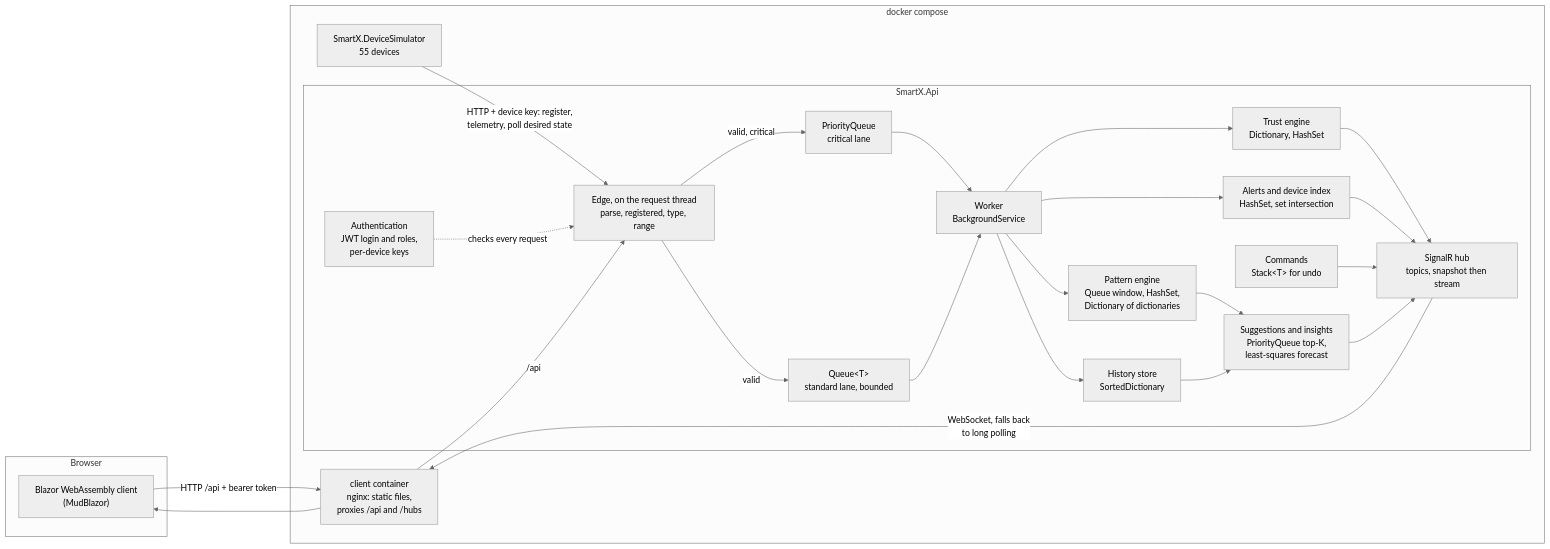
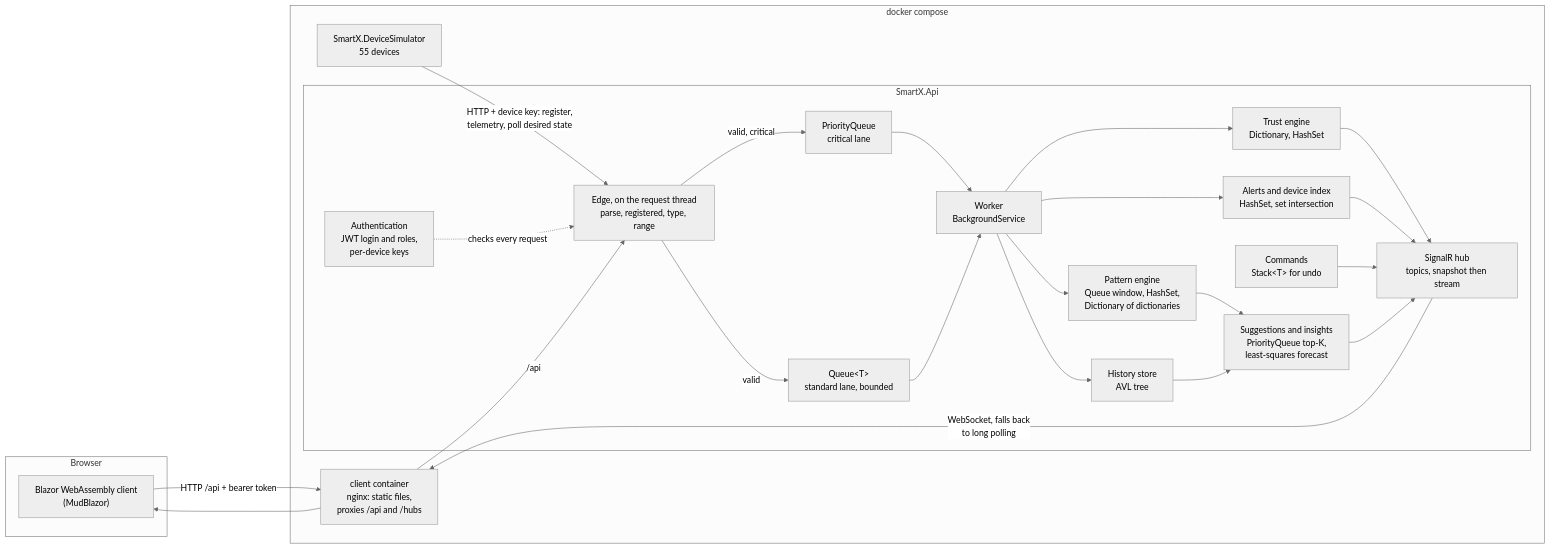
Before and after one commit to UsmarTayler/smartx-poe: the diagram in README.md, drawn with Mermaid (neutral theme). The commit also changed other lines of this file and 1 other file, not shown here.

Commit message:
test(history): benchmark the AVL store against the sorted dictionary

````diff
--- a/README.md
+++ b/README.md
@@ -26,47 +26,47 @@
 ```mermaid
 flowchart LR
     subgraph Browser
         UI["Blazor WebAssembly client<br/>(MudBlazor)"]
     end
 
     subgraph Compose["docker compose"]
         NGINX["client container<br/>nginx: static files,<br/>proxies /api and /hubs"]
         SIM["SmartX.DeviceSimulator<br/>55 devices"]
 
         subgraph API["SmartX.Api"]
             AUTH["Authentication<br/>JWT login and roles,<br/>per-device keys"]
             EDGE["Edge, on the request thread<br/>parse, registered, type, range"]
             STD["Queue#lt;T#gt;<br/>standard lane, bounded"]
             CRIT["PriorityQueue<br/>critical lane"]
             WORK["Worker<br/>BackgroundService"]
             TRUST["Trust engine<br/>Dictionary, HashSet"]
-            HIST["History store<br/>SortedDictionary"]
+            HIST["History store<br/>AVL tree"]
             ALERT["Alerts and device index<br/>HashSet, set intersection"]
             CMD["Commands<br/>Stack#lt;T#gt; for undo"]
             PAT["Pattern engine<br/>Queue window, HashSet,<br/>Dictionary of dictionaries"]
             SUG["Suggestions and insights<br/>PriorityQueue top-K,<br/>least-squares forecast"]
             HUB["SignalR hub<br/>topics, snapshot then stream"]
         end
     end
 
     SIM -- "HTTP + device key: register,<br/>telemetry, poll desired state" --> EDGE
     UI -- "HTTP /api + bearer token" --> NGINX
     AUTH -. "checks every request" .-> EDGE
     NGINX -- "/api" --> EDGE
     EDGE -- "valid, critical" --> CRIT
     EDGE -- "valid" --> STD
     CRIT --> WORK
     STD --> WORK
     WORK --> TRUST
     WORK --> HIST
     WORK --> ALERT
     WORK --> PAT
     PAT --> SUG
     HIST --> SUG
     TRUST --> HUB
     ALERT --> HUB
     CMD --> HUB
     SUG --> HUB
     HUB -- "WebSocket, falls back<br/>to long polling" --> NGINX
     NGINX --> UI
 ```
````
